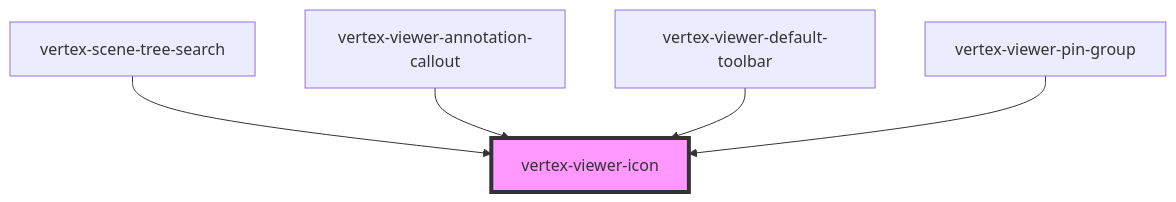
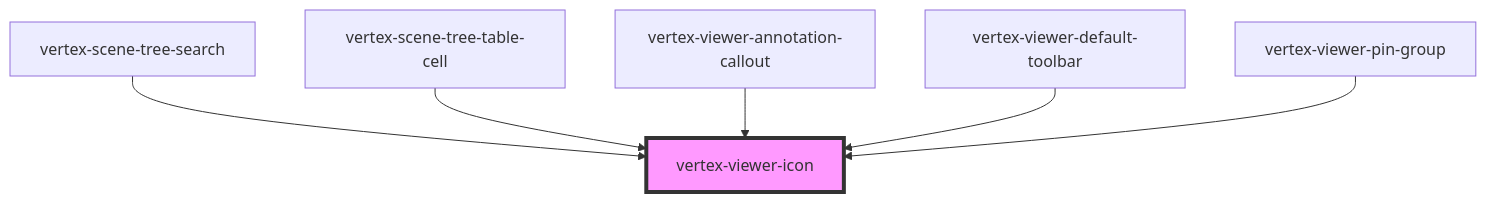
Before and after one commit to Vertexvis/vertex-web-sdk: the diagram in packages/viewer/src/components/viewer-icon/readme.md, drawn with Mermaid. The commit also changed other lines of this file and 11 other files, not shown here.

Commit message:
Add isolate button to scene-tree

````diff
--- a/packages/viewer/src/components/viewer-icon/readme.md
+++ b/packages/viewer/src/components/viewer-icon/readme.md
@@ -65,8 +66,9 @@
 ```mermaid
 graph TD;
   vertex-scene-tree-search --> vertex-viewer-icon
+  vertex-scene-tree-table-cell --> vertex-viewer-icon
   vertex-viewer-annotation-callout --> vertex-viewer-icon
   vertex-viewer-default-toolbar --> vertex-viewer-icon
   vertex-viewer-pin-group --> vertex-viewer-icon
   style vertex-viewer-icon fill:#f9f,stroke:#333,stroke-width:4px
 ```
````
